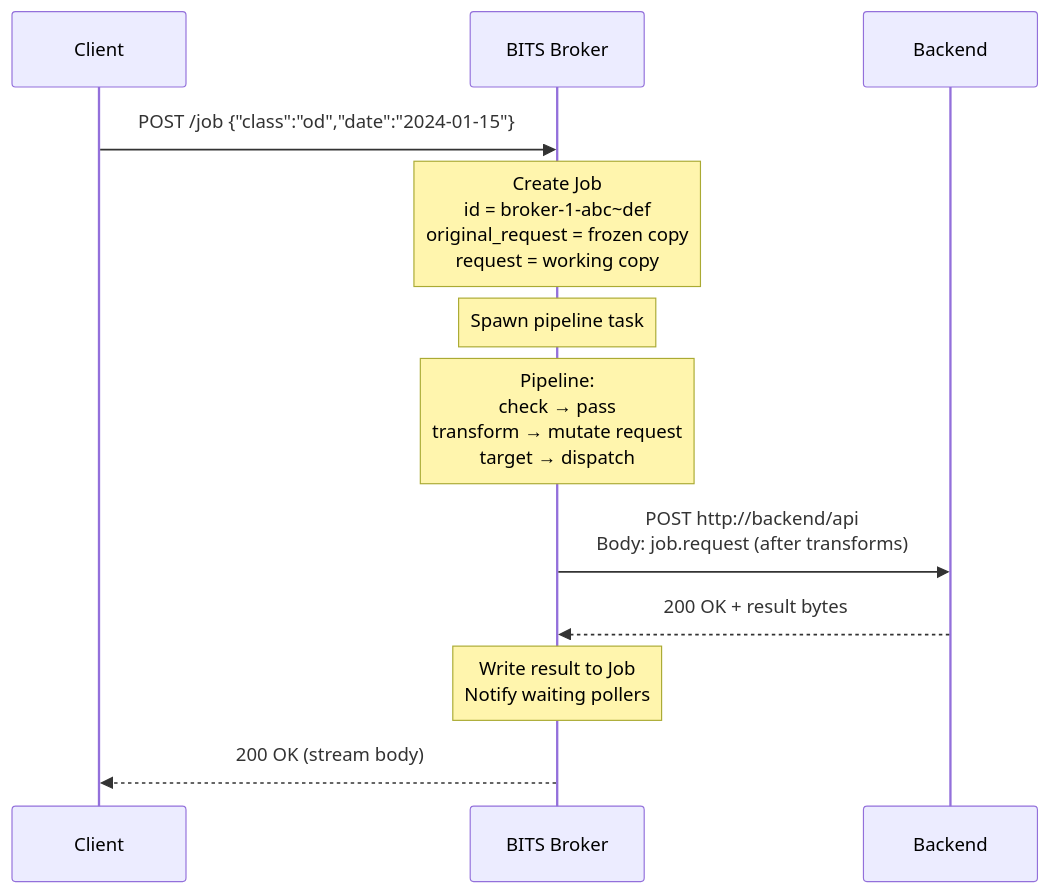
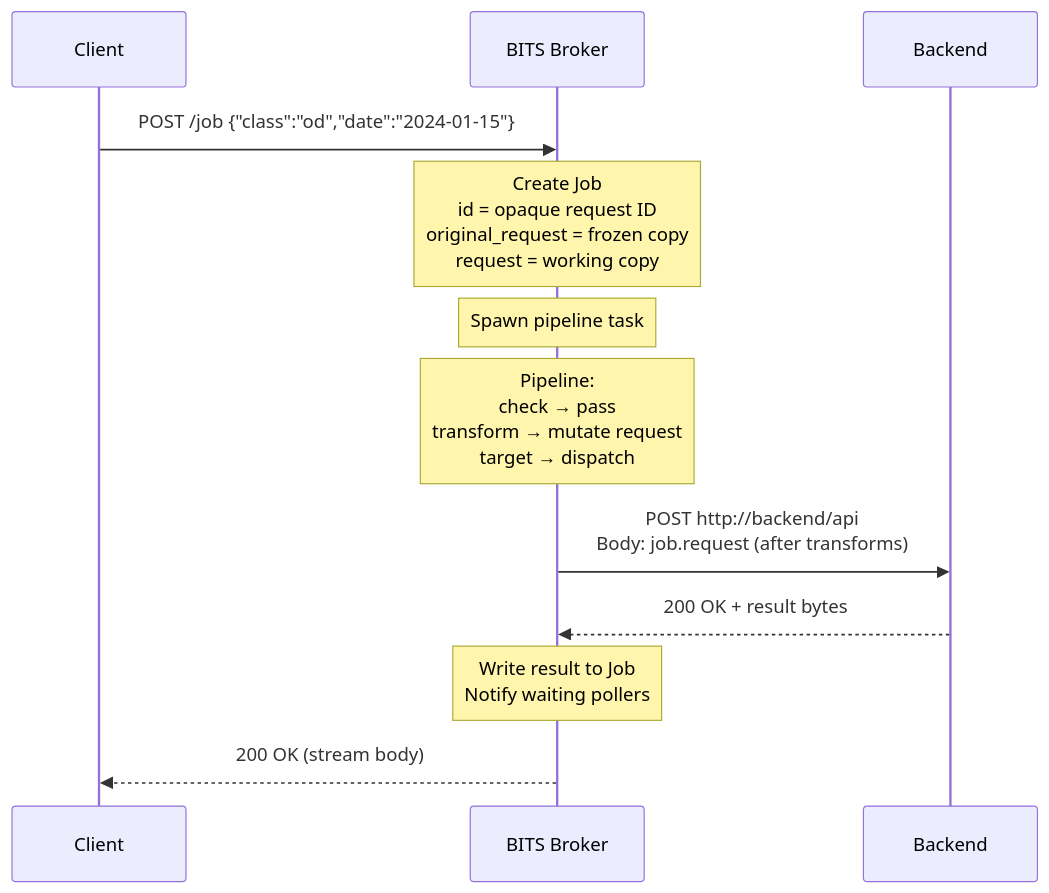
The first of 9 diagrams in docs/src/data-flow.md (ecmwf/bits-broker), drawn with Mermaid before and after one commit. The commit also changed other lines of this file and 53 other files, not shown here.

First line of the commit message:
feat: opaque structured request ID format

````diff
--- a/docs/src/data-flow.md
+++ b/docs/src/data-flow.md
@@ -12,15 +12,15 @@
 ```mermaid
 sequenceDiagram
     participant C as Client
     participant B as BITS Broker
     participant T as Backend
 
     C->>B: POST /job {"class":"od","date":"2024-01-15"}
-    Note over B: Create Job<br/>id = broker-1-abc~def<br/>original_request = frozen copy<br/>request = working copy
+    Note over B: Create Job<br/>id = opaque request ID<br/>original_request = frozen copy<br/>request = working copy
     Note over B: Spawn pipeline task
     Note over B: Pipeline:<br/>check → pass<br/>transform → mutate request<br/>target → dispatch
     B->>T: POST http://backend/api<br/>Body: job.request (after transforms)
     T-->>B: 200 OK + result bytes
     Note over B: Write result to Job<br/>Notify waiting pollers
     B-->>C: 200 OK (stream body)
 ```
````
